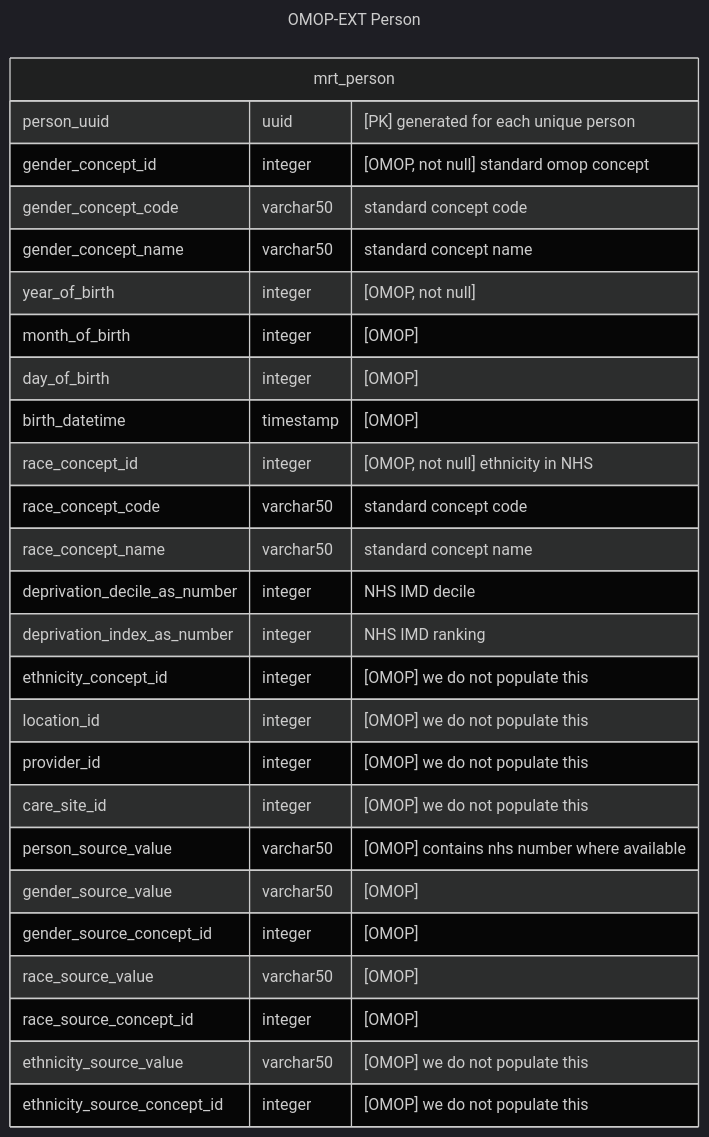
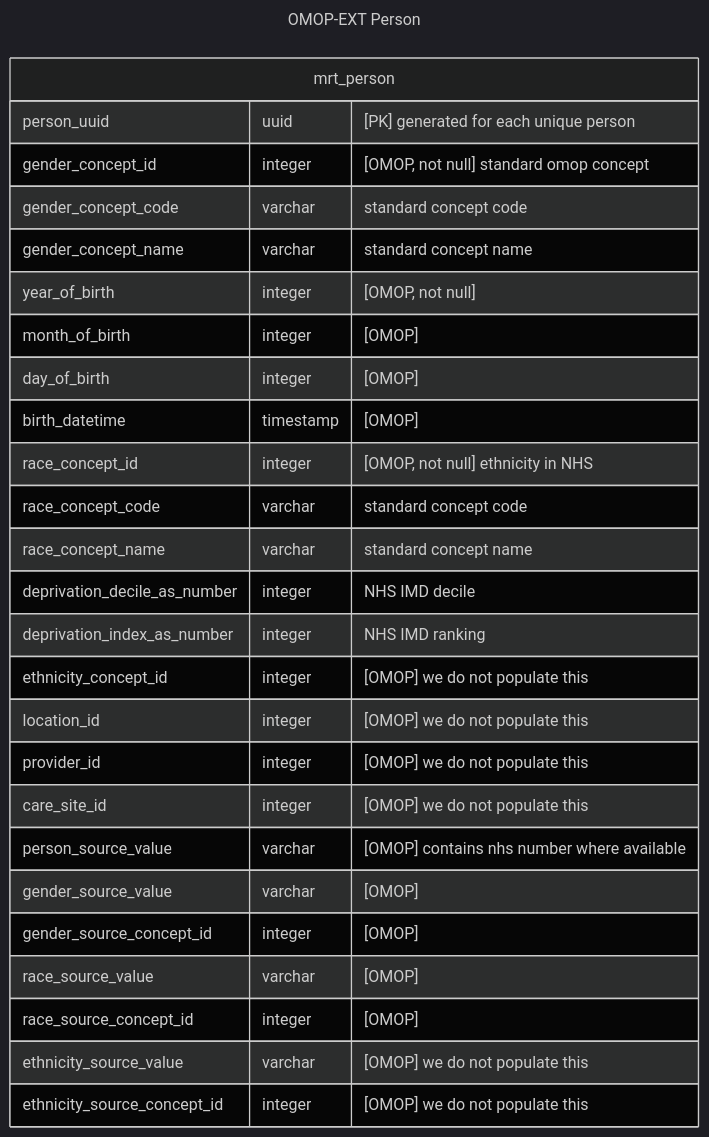
Before and after one commit to d3london/sde_aic_external_docs: the fourth of 5 diagrams in src/pages/data_model/cdm_person.qmd, drawn with Mermaid (dark theme). The commit also changed other lines of this file and 1 other file, not shown here.

Commit message:
removed varchar len, changed table names

````diff
--- a/src/pages/data_model/cdm_person.qmd
+++ b/src/pages/data_model/cdm_person.qmd
@@ -124,32 +124,32 @@
 ```{mermaid}
 ---
 title: OMOP-EXT Person
 ---
 erDiagram
     mrt_person {
         person_uuid uuid "[PK] generated for each unique person"
         gender_concept_id integer "[OMOP, not null] standard omop concept"
-        gender_concept_code varchar50 "standard concept code"
-        gender_concept_name varchar50 "standard concept name"
+        gender_concept_code varchar "standard concept code"
+        gender_concept_name varchar "standard concept name"
         year_of_birth integer "[OMOP, not null]"
         month_of_birth integer "[OMOP]"
         day_of_birth integer "[OMOP]"
         birth_datetime timestamp "[OMOP]"
         race_concept_id integer "[OMOP, not null] ethnicity in NHS"
-        race_concept_code varchar50 "standard concept code"
-        race_concept_name varchar50 "standard concept name"
+        race_concept_code varchar "standard concept code"
+        race_concept_name varchar "standard concept name"
         deprivation_decile_as_number integer "NHS IMD decile"       
         deprivation_index_as_number integer "NHS IMD ranking"
         ethnicity_concept_id integer "[OMOP] we do not populate this"
         location_id integer "[OMOP] we do not populate this"
         provider_id integer "[OMOP] we do not populate this"
         care_site_id integer "[OMOP] we do not populate this"
-        person_source_value varchar50 "[OMOP] contains nhs number where available"
-        gender_source_value varchar50 "[OMOP]"
+        person_source_value varchar "[OMOP] contains nhs number where available"
+        gender_source_value varchar "[OMOP]"
         gender_source_concept_id integer "[OMOP]"
-        race_source_value varchar50 "[OMOP]"
+        race_source_value varchar "[OMOP]"
         race_source_concept_id integer "[OMOP]"
-        ethnicity_source_value varchar50 "[OMOP] we do not populate this"
+        ethnicity_source_value varchar "[OMOP] we do not populate this"
         ethnicity_source_concept_id integer "[OMOP] we do not populate this"   
     }
 ```
````
